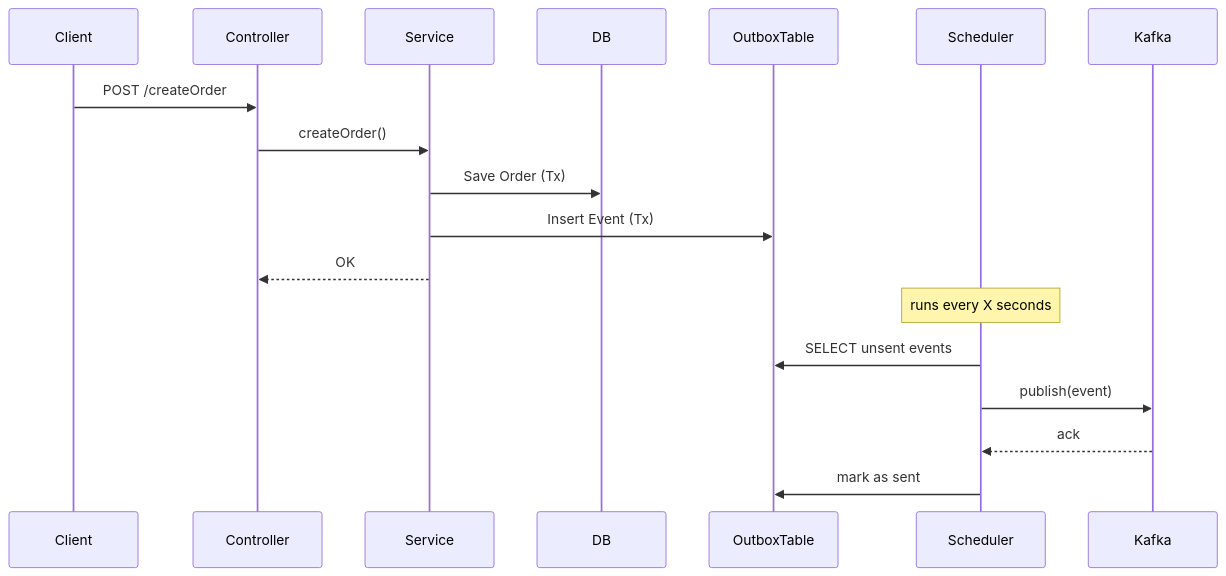
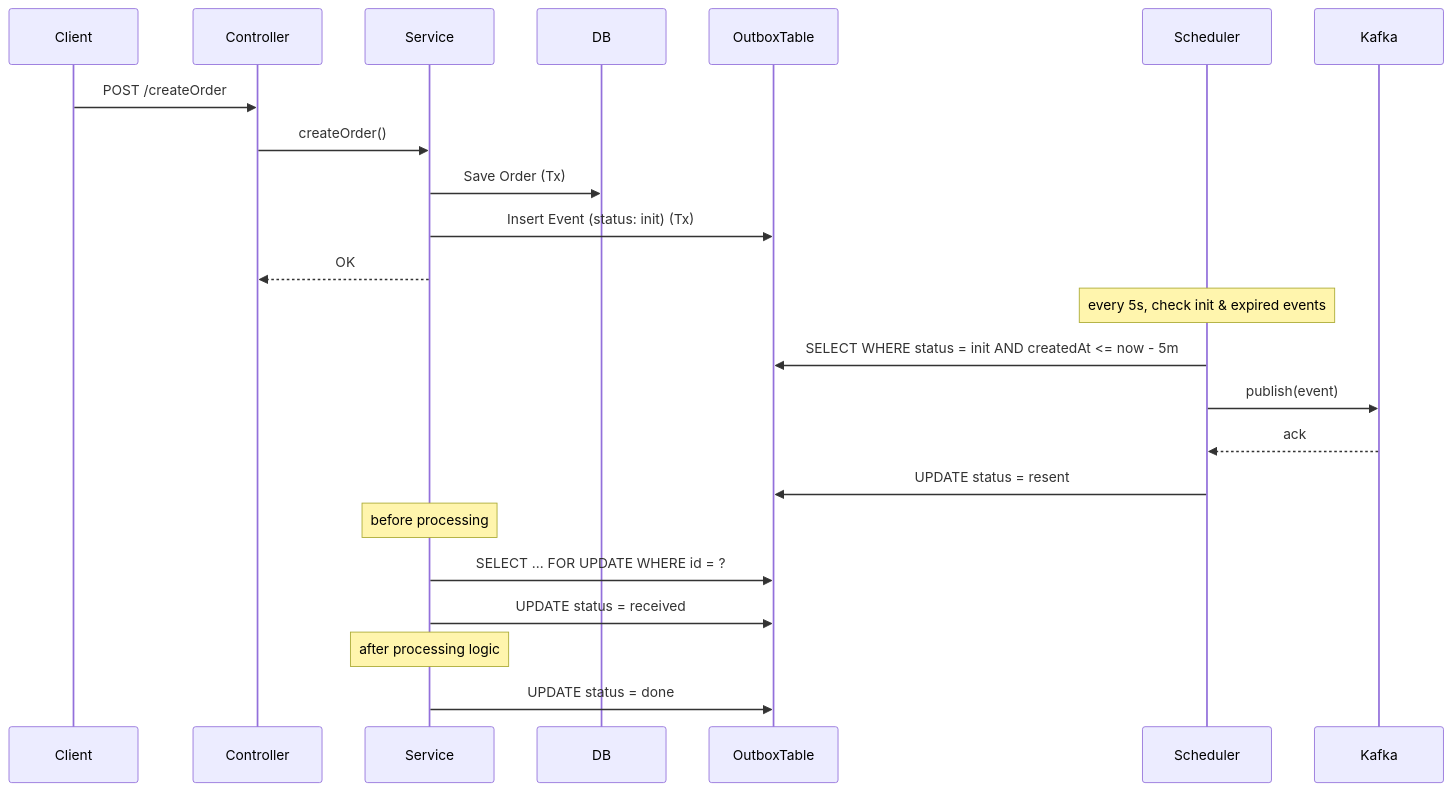
The second of 2 diagrams in docs/STEP17 카프카 학습 노트.md (psyoongsc/hhplus-ts-server), drawn with Mermaid before and after one commit. The commit also changed other lines of this file, not shown here.

Commit message:
Fix: Outbox 구현 파트 수정

````diff
--- a/docs/STEP17 카프카 학습 노트.md
+++ b/docs/STEP17 카프카 학습 노트.md
@@ -559,23 +559,30 @@
 ```mermaid
 sequenceDiagram
     participant Client
     participant Controller
     participant Service
     participant DB
     participant OutboxTable
     participant Scheduler
     participant Kafka
 
     Client->>Controller: POST /createOrder
     Controller->>Service: createOrder()
     Service->>DB: Save Order (Tx)
-    Service->>OutboxTable: Insert Event (Tx)
+    Service->>OutboxTable: Insert Event (status: init) (Tx)
     Service-->>Controller: OK
 
-    Note over Scheduler: runs every X seconds
-    Scheduler->>OutboxTable: SELECT unsent events
+    Note over Scheduler: every 5s, check init & expired events
+    Scheduler->>OutboxTable: SELECT WHERE status = init AND createdAt <= now - 5m
     Scheduler->>Kafka: publish(event)
     Kafka-->>Scheduler: ack
-    Scheduler->>OutboxTable: mark as sent
+    Scheduler->>OutboxTable: UPDATE status = resent
+
+    Note over Service: before processing
+    Service->>OutboxTable: SELECT ... FOR UPDATE WHERE id = ?
+    Service->>OutboxTable: UPDATE status = received
+
+    Note over Service: after processing logic
+    Service->>OutboxTable: UPDATE status = done
 
 ```
````
